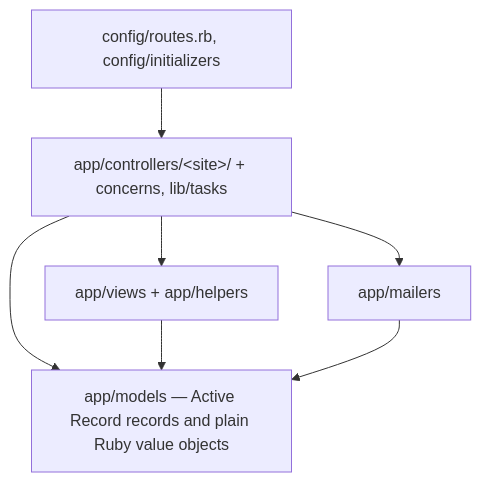
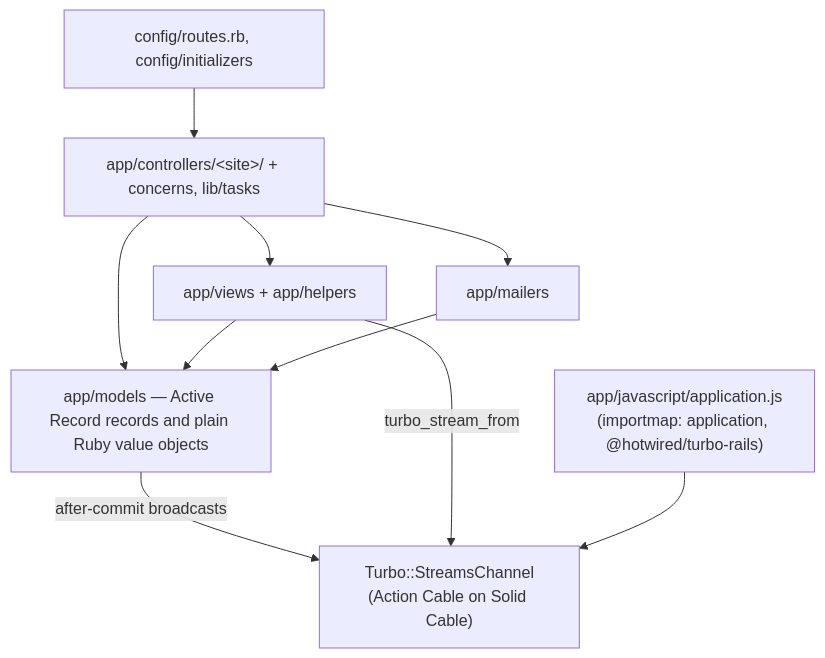
One commit to jonathan-beebe/art-store changed the second of 5 diagrams in prototype/rails/docs/architecture.md. Above: the diagram before and after it, drawn with Mermaid. The commit also changed other lines of this file and 136 other files, not shown here.

````diff
--- a/prototype/rails/docs/architecture.md
+++ b/prototype/rails/docs/architecture.md
@@ -34,10 +39,13 @@
 ```mermaid
 flowchart TD
     entry["config/routes.rb, config/initializers"] --> controllers
     controllers["app/controllers/&lt;site&gt;/ + concerns, lib/tasks"] --> models
     controllers --> views
     views["app/views + app/helpers"] --> models
     controllers --> mailers
     mailers["app/mailers"] --> models
     models["app/models — Active Record records and plain Ruby value objects"]
+    models -- "after-commit broadcasts" --> cable["Turbo::StreamsChannel\n(Action Cable on Solid Cable)"]
+    views -- "turbo_stream_from" --> cable
+    js["app/javascript/application.js\n(importmap: application, @hotwired/turbo-rails)"] --> cable
 ```
````
